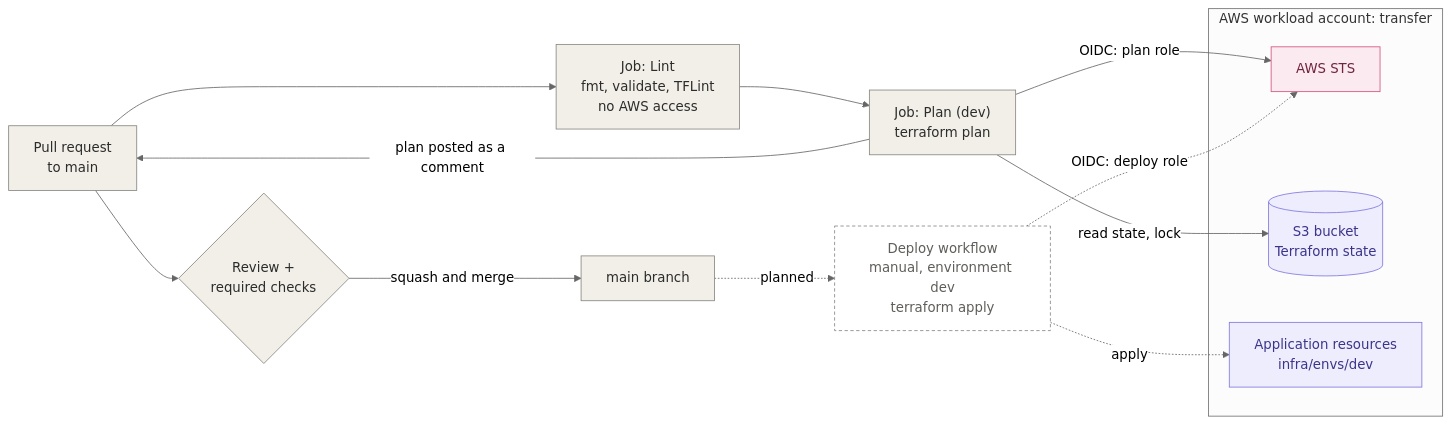
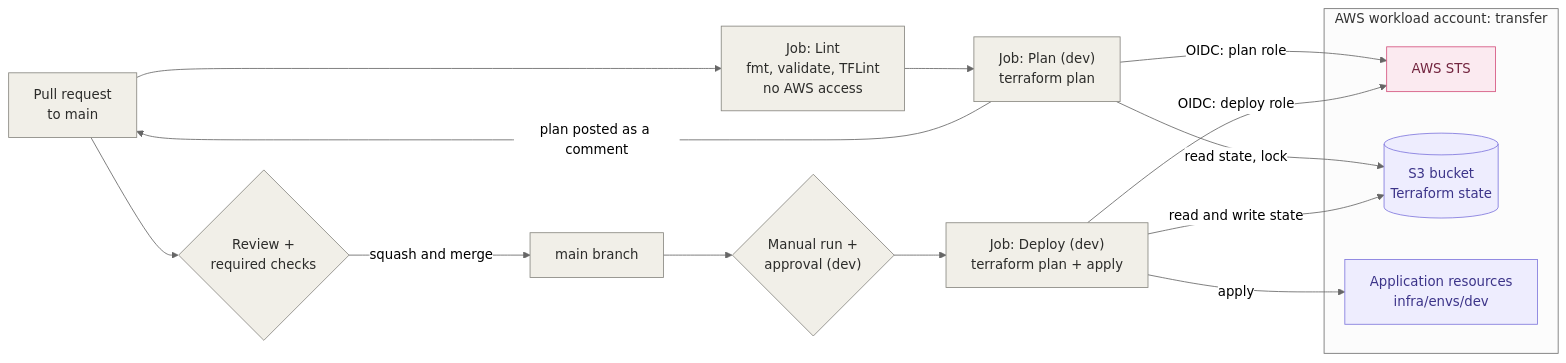
One commit to samibhiri/serverless-transfer-saga changed the first of 2 diagrams in docs/architecture/ci-cd.md. Above: the diagram before and after it, drawn with Mermaid (neutral theme). The commit also changed other lines of this file and 1 other file, not shown here.

````diff
--- a/docs/architecture/ci-cd.md
+++ b/docs/architecture/ci-cd.md
@@ -8,33 +8,33 @@
 ```mermaid
 flowchart LR
     pr["Pull request<br/>to main"]
     lint["Job: Lint<br/>fmt, validate, TFLint<br/>no AWS access"]
     plan["Job: Plan (dev)<br/>terraform plan"]
     review{"Review +<br/>required checks"}
     main["main branch"]
-    deploy["Deploy workflow<br/>manual, environment dev<br/>terraform apply"]
+    approve{"Manual run +<br/>approval (dev)"}
+    deploy["Job: Deploy (dev)<br/>terraform plan + apply"]
 
     subgraph aws["AWS workload account: transfer"]
         sts["AWS STS"]
         state[("S3 bucket<br/>Terraform state")]
         app["Application resources<br/>infra/envs/dev"]
     end
 
     pr --> lint --> plan
     plan -- "OIDC: plan role" --> sts
     plan -- "read state, lock" --> state
     plan -- "plan posted as a comment" --> pr
     pr --> review -- "squash and merge" --> main
-    main -. "planned" .-> deploy
-    deploy -. "OIDC: deploy role" .-> sts
-    deploy -. "apply" .-> app
+    main --> approve --> deploy
+    deploy -- "OIDC: deploy role" --> sts
+    deploy -- "read and write state" --> state
+    deploy -- "apply" --> app
 
     classDef gh fill:#F1EFE8,stroke:#888780,color:#2C2C2A
     classDef awssvc fill:#FBEAF0,stroke:#D4537E,color:#72243E
     classDef data fill:#EEEDFE,stroke:#7F77DD,color:#3C3489
-    classDef todo fill:#FFFFFF,stroke:#888780,color:#5F5E5A,stroke-dasharray: 4 3
-    class pr,lint,plan,review,main gh
+    class pr,lint,plan,review,main,approve,deploy gh
     class sts awssvc
     class state,app data
-    class deploy todo
 ```
````
